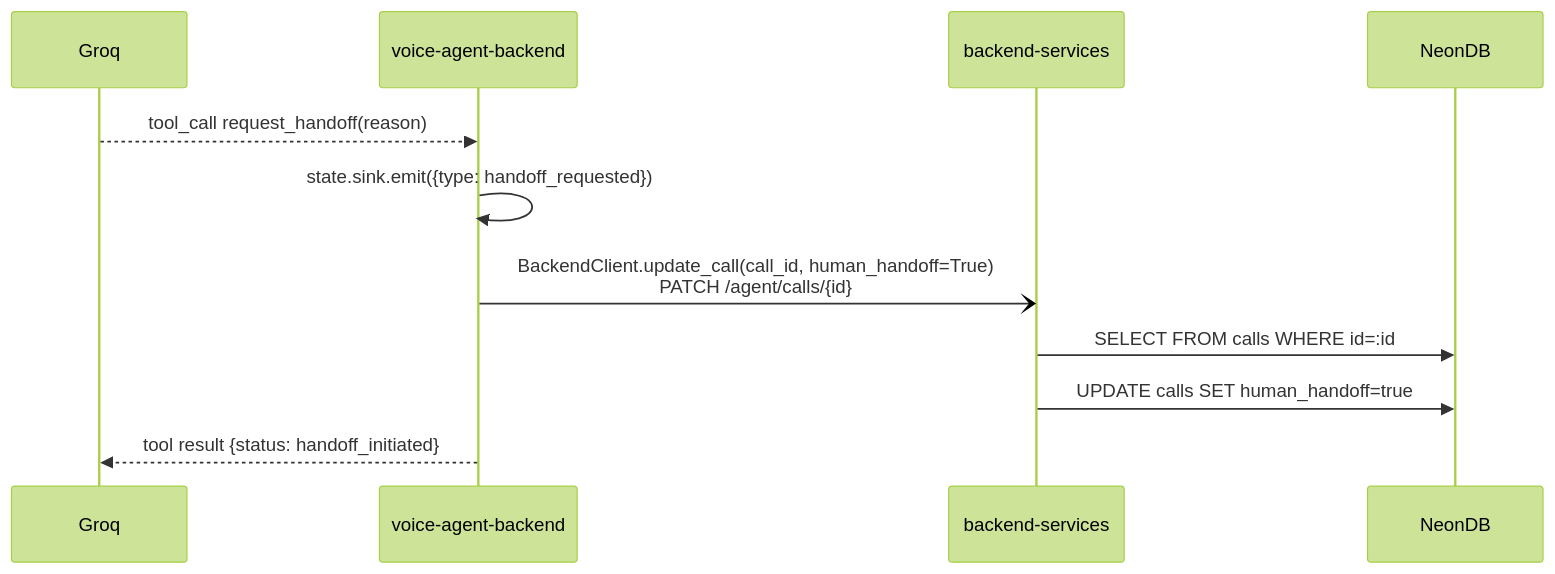
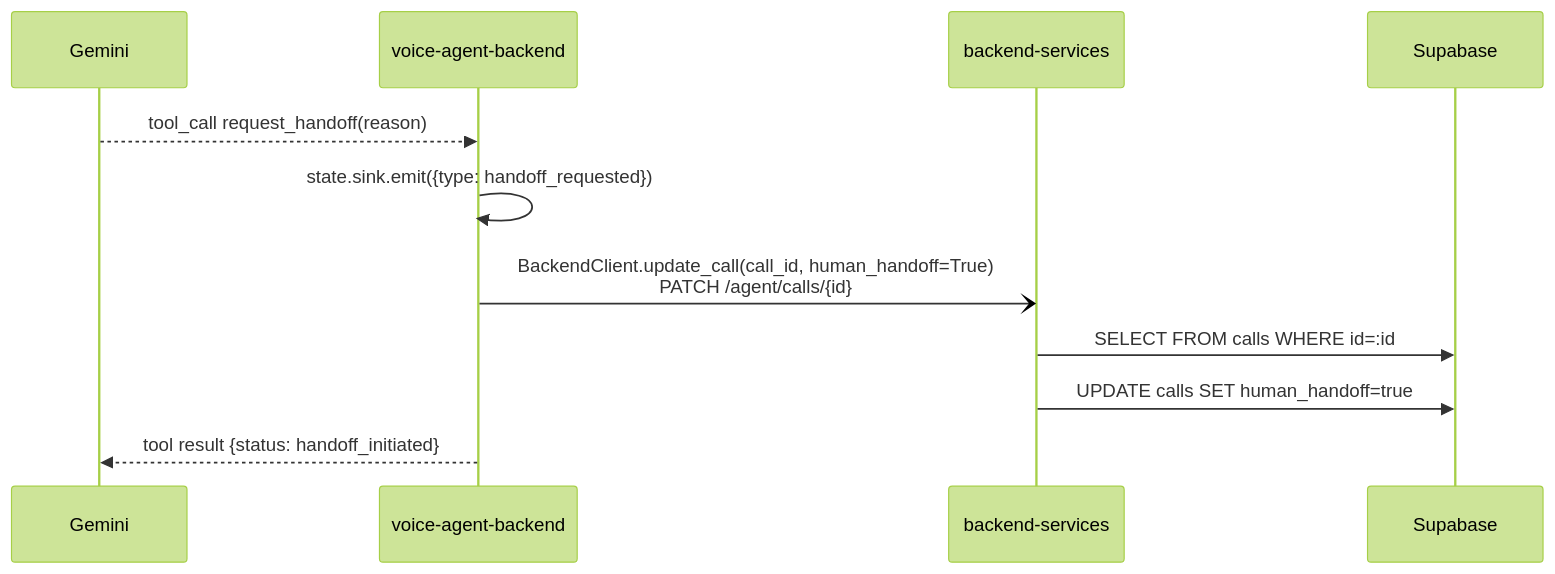
One commit to voco-dine/org-wiki changed the eighth of 10 diagrams in docs/system-specification/sequence.md. Above: the diagram before and after it, drawn with Mermaid (forest theme). The commit also changed other lines of this file and 14 other files, not shown here.

````diff
--- a/docs/system-specification/sequence.md
+++ b/docs/system-specification/sequence.md
@@ -196,14 +194,14 @@
 ```mermaid
 sequenceDiagram
-    participant GR as Groq
+    participant GR as Gemini
     participant VA as voice-agent-backend
     participant BS as backend-services
-    participant DB as NeonDB
+    participant DB as Supabase
 
     GR-->>VA: tool_call request_handoff(reason)
     VA->>VA: state.sink.emit({type: handoff_requested})
     VA-)BS: BackendClient.update_call(call_id, human_handoff=True)<br/>PATCH /agent/calls/{id}
     BS->>DB: SELECT FROM calls WHERE id=:id
     BS->>DB: UPDATE calls SET human_handoff=true
     VA-->>GR: tool result {status: handoff_initiated}
 ```
````
